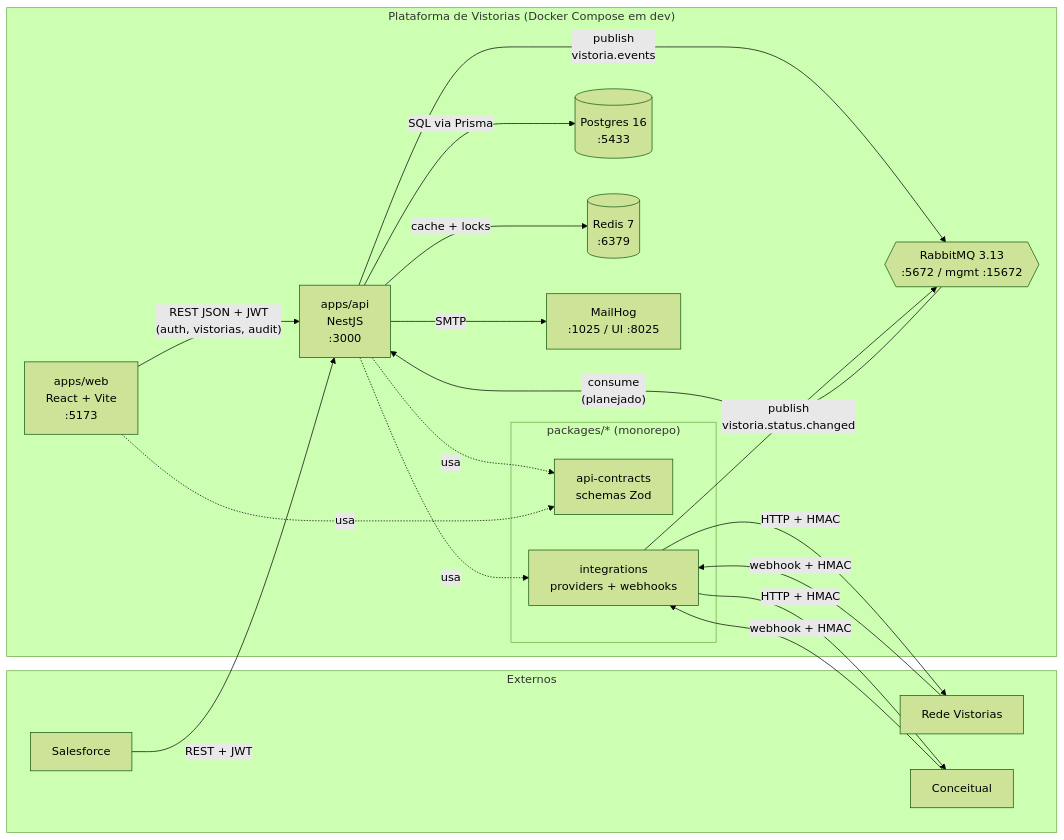
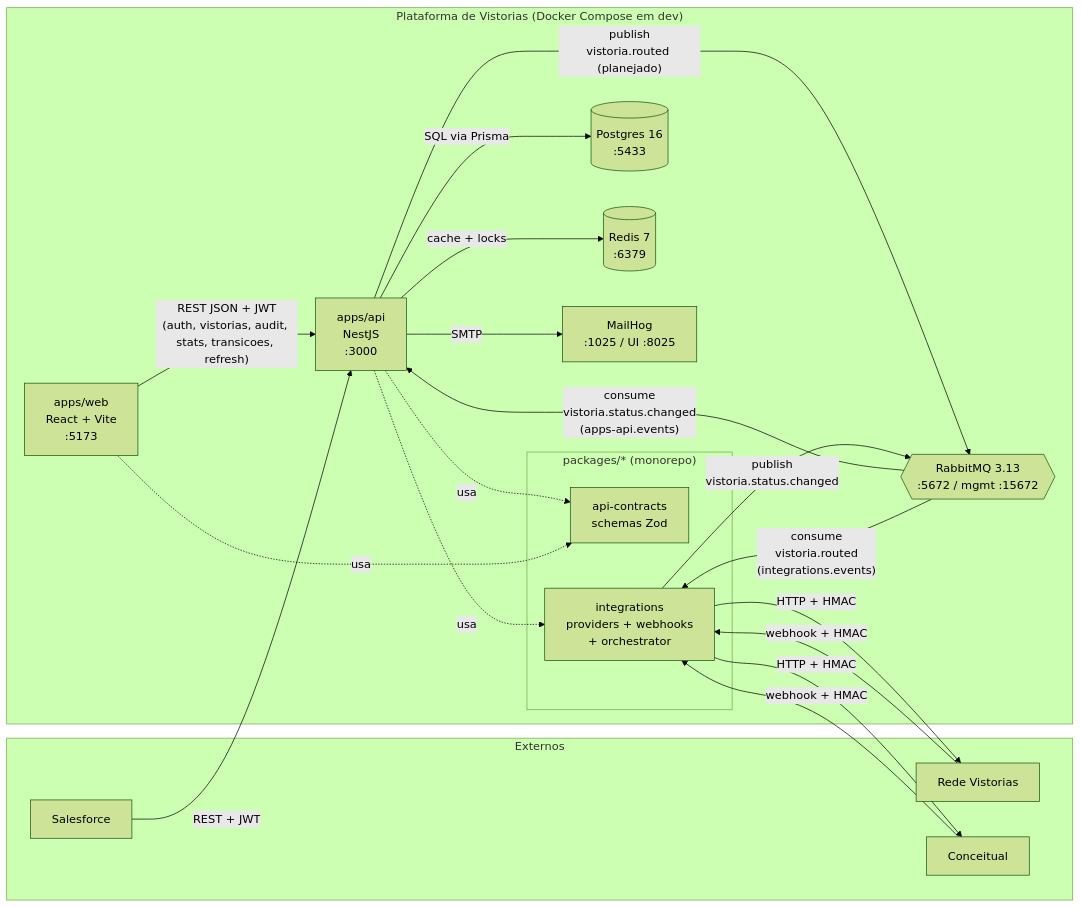
The first of 2 diagrams in docs/architecture/c4-container.md (csantosrss/VistoriaPlatform), drawn with Mermaid (forest theme) before and after one commit. The commit also changed other lines of this file and 9 other files, not shown here.

````diff
--- a/docs/architecture/c4-container.md
+++ b/docs/architecture/c4-container.md
@@ -7,42 +7,43 @@
 ```mermaid
 flowchart LR
     subgraph Externos
         sf["Salesforce"]
         rv["Rede Vistorias"]
         cc["Conceitual"]
     end
 
     subgraph Plataforma["Plataforma de Vistorias (Docker Compose em dev)"]
         web["apps/web<br/>React + Vite<br/>:5173"]
         api["apps/api<br/>NestJS<br/>:3000"]
 
         subgraph Packages["packages/* (monorepo)"]
             contracts["api-contracts<br/>schemas Zod"]
-            integrations["integrations<br/>providers + webhooks"]
+            integrations["integrations<br/>providers + webhooks<br/>+ orchestrator"]
         end
 
         pg[("Postgres 16<br/>:5433")]
         redis[("Redis 7<br/>:6379")]
         rmq{{"RabbitMQ 3.13<br/>:5672 / mgmt :15672"}}
         mh["MailHog<br/>:1025 / UI :8025"]
     end
 
-    web -- "REST JSON + JWT<br/>(auth, vistorias, audit)" --> api
+    web -- "REST JSON + JWT<br/>(auth, vistorias, audit, stats, transicoes, refresh)" --> api
 
     api -.usa.-> contracts
     api -.usa.-> integrations
     web -.usa.-> contracts
 
     api -- "SQL via Prisma" --> pg
     api -- "cache + locks" --> redis
-    api -- "publish<br/>vistoria.events" --> rmq
+    api -- "publish<br/>vistoria.routed (planejado)" --> rmq
     integrations -- "publish<br/>vistoria.status.changed" --> rmq
-    rmq -- "consume<br/>(planejado)" --> api
+    rmq -- "consume<br/>vistoria.status.changed<br/>(apps-api.events)" --> api
+    rmq -- "consume<br/>vistoria.routed<br/>(integrations.events)" --> integrations
 
     integrations -- "HTTP + HMAC" --> rv
     integrations -- "HTTP + HMAC" --> cc
     sf -- "REST + JWT" --> api
     api -- "SMTP" --> mh
     rv -- "webhook + HMAC" --> integrations
     cc -- "webhook + HMAC" --> integrations
 ```
````
